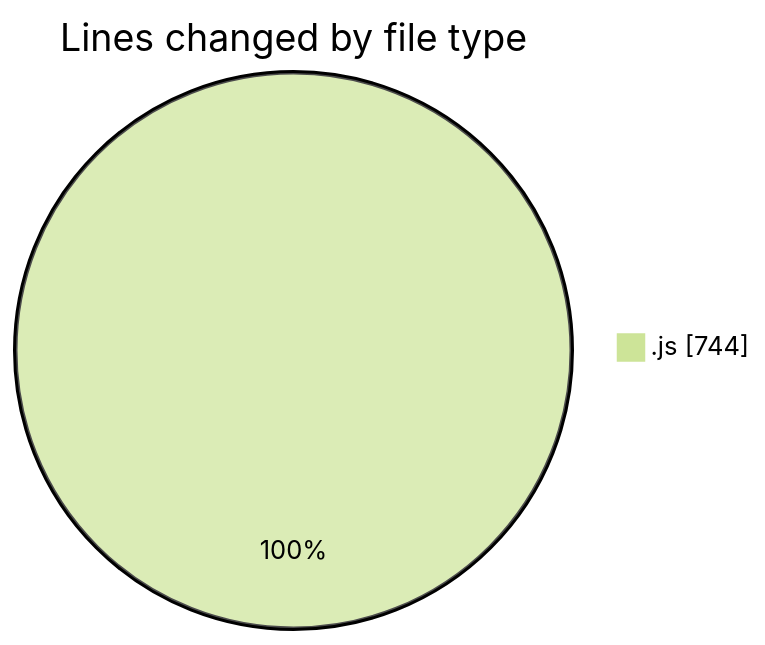
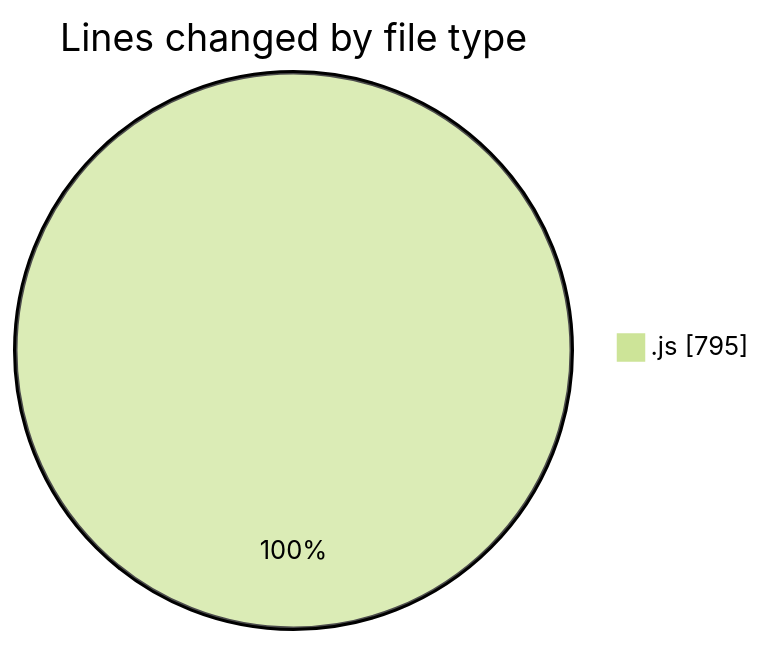
One commit to nxtqubesakshisongat/code-tracking changed the first of 2 diagrams in 2025-06-20/nxtqube_webapp/README.md. Above: the diagram before and after it, drawn with Mermaid (forest theme). The commit also changed other lines of this file and 1 other file, not shown here.

````diff
--- a/2025-06-20/nxtqube_webapp/README.md
+++ b/2025-06-20/nxtqube_webapp/README.md
@@ -29,5 +29,5 @@
 ```mermaid
 pie showData
 title Lines changed by file type
-".js" : 744
+".js" : 795
 ```
````
